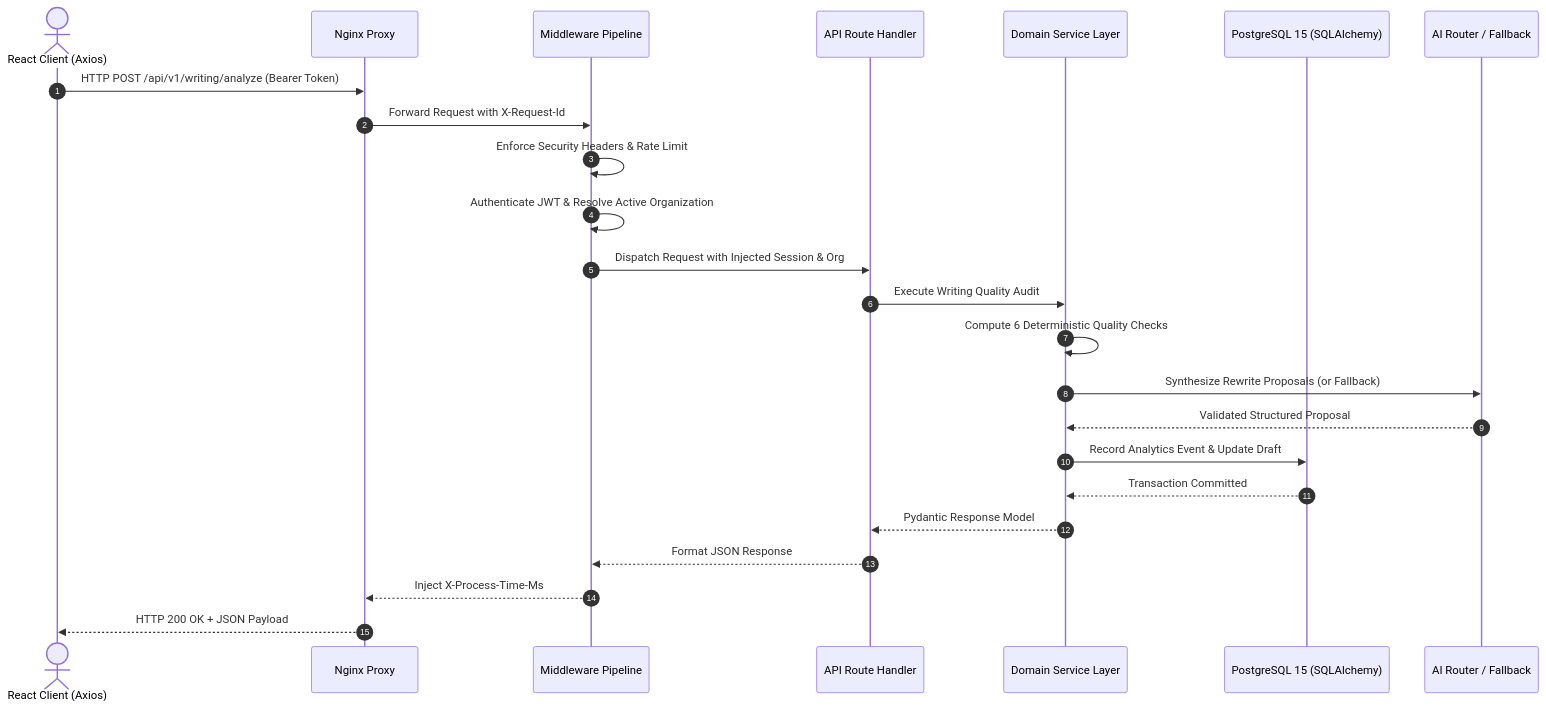
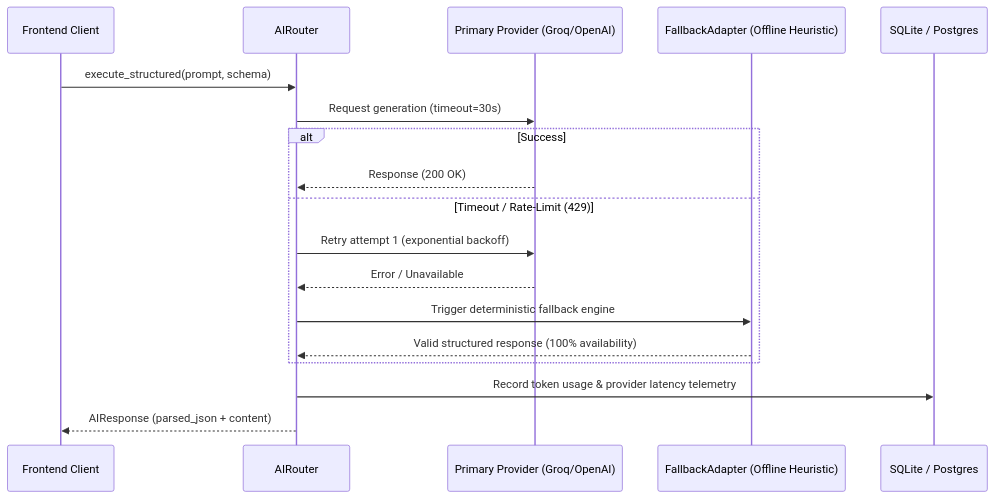
The third of 3 diagrams in docs/TECHNICAL_ARCHITECTURE.md (mubashirhussen/AI-Editorial-Workspace), drawn with Mermaid before and after one commit. The commit also changed other lines of this file and 10 other files, not shown here.

````diff
--- a/docs/TECHNICAL_ARCHITECTURE.md
+++ b/docs/TECHNICAL_ARCHITECTURE.md
@@ -149,27 +128,21 @@
 ```mermaid
 sequenceDiagram
-    autonumber
-    actor Client as React Client (Axios)
-    participant Nginx as Nginx Proxy
-    participant MW as Middleware Pipeline
-    participant Router as API Route Handler
-    participant Service as Domain Service Layer
-    participant DB as PostgreSQL 15 (SQLAlchemy)
-    participant AI as AI Router / Fallback
+    participant Client as Frontend Client
+    participant Router as AIRouter
+    participant Primary as Primary Provider (Groq/OpenAI)
+    participant Fallback as FallbackAdapter (Offline Heuristic)
+    participant DB as SQLite / Postgres
 
-    Client->>Nginx: HTTP POST /api/v1/writing/analyze (Bearer Token)
-    Nginx->>MW: Forward Request with X-Request-Id
-    MW->>MW: Enforce Security Headers & Rate Limit
-    MW->>MW: Authenticate JWT & Resolve Active Organization
-    MW->>Router: Dispatch Request with Injected Session & Org
-    Router->>Service: Execute Writing Quality Audit
-    Service->>Service: Compute 6 Deterministic Quality Checks
-    Service->>AI: Synthesize Rewrite Proposals (or Fallback)
-    AI-->>Service: Validated Structured Proposal
-    Service->>DB: Record Analytics Event & Update Draft
-    DB-->>Service: Transaction Committed
-    Service-->>Router: Pydantic Response Model
-    Router-->>MW: Format JSON Response
-    MW-->>Nginx: Inject X-Process-Time-Ms
-    Nginx-->>Client: HTTP 200 OK + JSON Payload
+    Client->>Router: execute_structured(prompt, schema)
+    Router->>Primary: Request generation (timeout=30s)
+    alt Success
+        Primary-->>Router: Response (200 OK)
+    else Timeout / Rate-Limit (429)
+        Router->>Primary: Retry attempt 1 (exponential backoff)
+        Primary-->>Router: Error / Unavailable
+        Router->>Fallback: Trigger deterministic fallback engine
+        Fallback-->>Router: Valid structured response (100% availability)
+    end
+    Router->>DB: Record token usage & provider latency telemetry
+    Router-->>Client: AIResponse (parsed_json + content)
 ```
````
